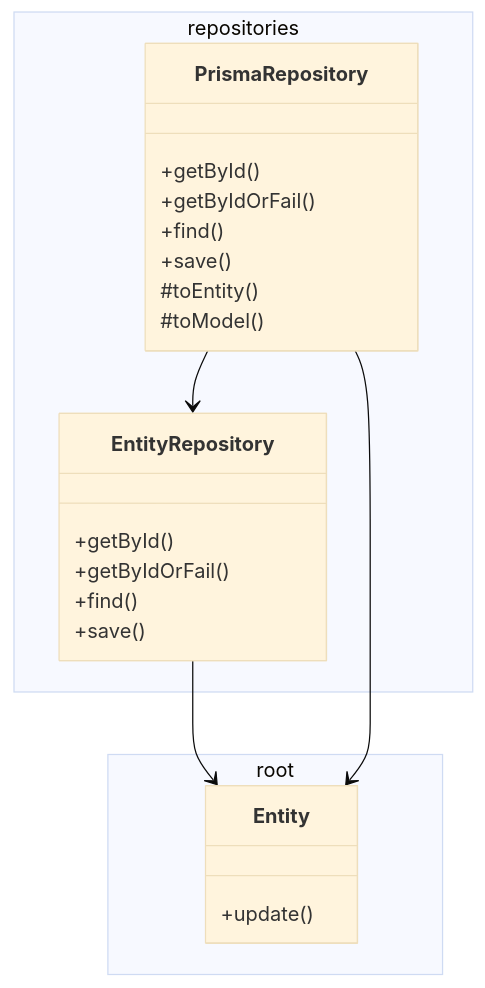
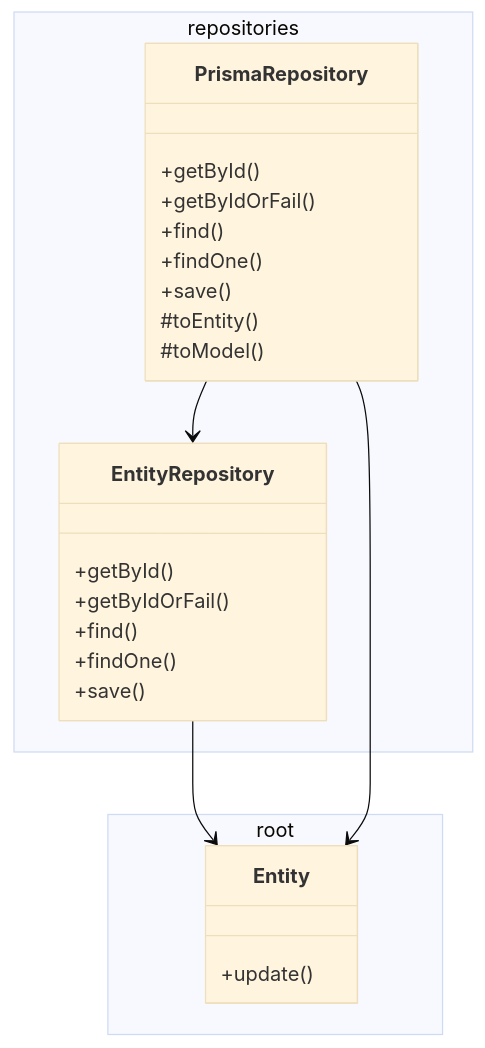
The diagram in packages/core/README.md (pslotinsky/decay-of-magic), drawn with Mermaid (base theme) before and after one commit. The commit also changed 4 other files, not shown here.

````diff
--- a/packages/core/README.md
+++ b/packages/core/README.md
@@ -6,28 +6,30 @@
 ```mermaid
 classDiagram
   namespace repositories {
     class EntityRepository {
       +getById()
       +getByIdOrFail()
       +find()
+      +findOne()
       +save()
     }
     class PrismaRepository {
       +getById()
       +getByIdOrFail()
       +find()
+      +findOne()
       +save()
       #toEntity()
       #toModel()
     }
   }
   namespace root {
     class Entity {
       +update()
     }
   }
 
   EntityRepository --> Entity
   PrismaRepository --> Entity
   PrismaRepository --> EntityRepository
 ```
````
